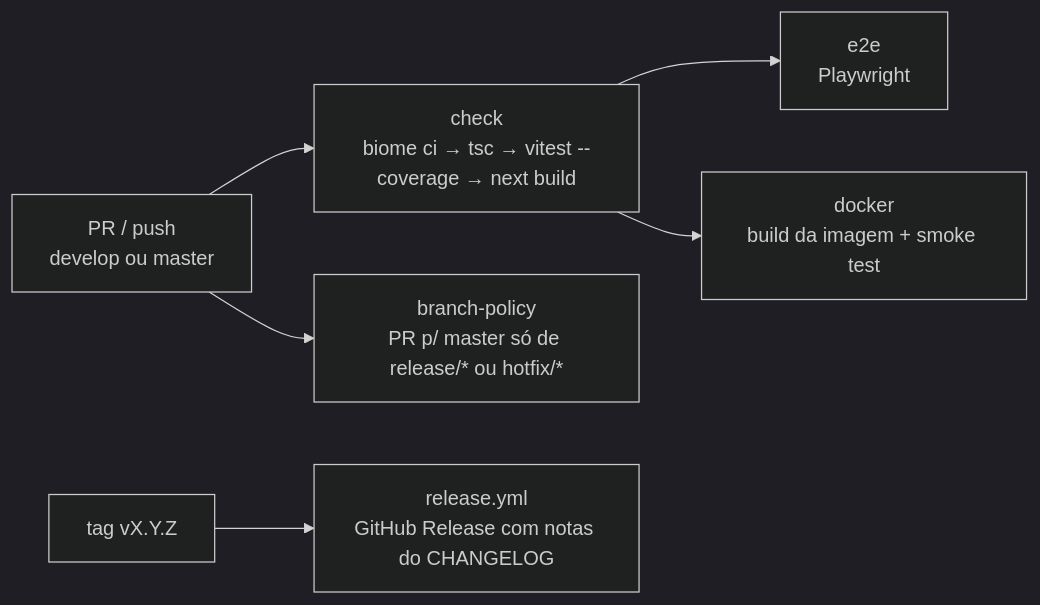
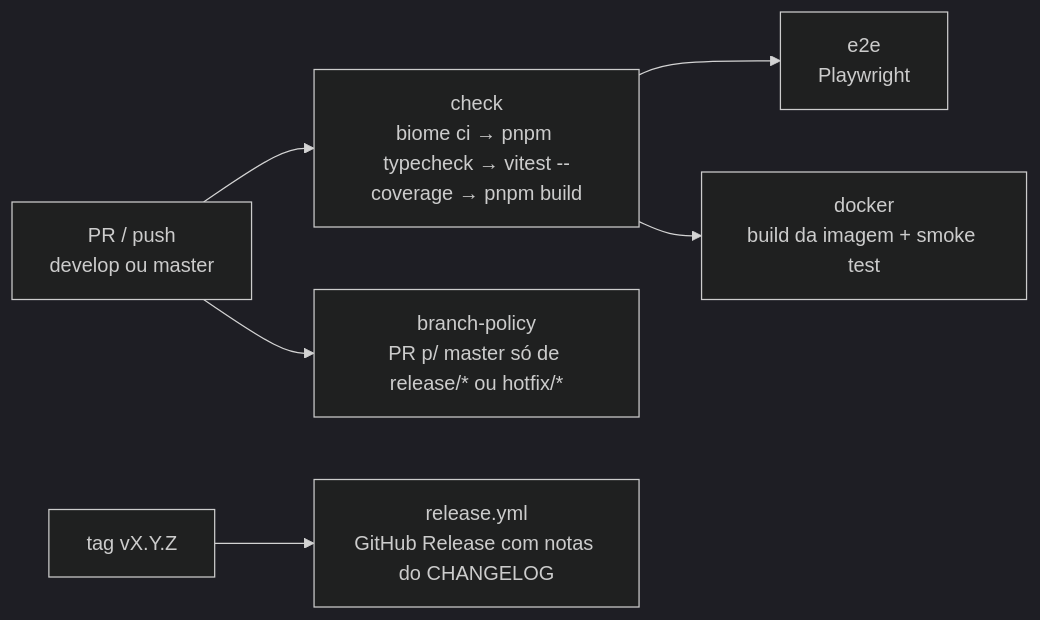
Diagram 23 of 24 in docs/GUIA-ARQUITETURA.md (rkenjiak/concurso), drawn with Mermaid (dark theme) before and after one commit. The commit also changed other lines of this file and 4 other files, not shown here.

````diff
--- a/docs/GUIA-ARQUITETURA.md
+++ b/docs/GUIA-ARQUITETURA.md
@@ -747,8 +760,8 @@
 ```mermaid
 flowchart LR
-  PR["PR / push<br/>develop ou master"] --> CHK["check<br/>biome ci → tsc → vitest --coverage → next build"]
+  PR["PR / push<br/>develop ou master"] --> CHK["check<br/>biome ci → pnpm typecheck → vitest --coverage → pnpm build"]
   CHK --> E2E["e2e<br/>Playwright"]
   CHK --> DKR["docker<br/>build da imagem + smoke test"]
   PR --> POL["branch-policy<br/>PR p/ master só de release/* ou hotfix/*"]
   TAG["tag vX.Y.Z"] --> REL["release.yml<br/>GitHub Release com notas do CHANGELOG"]
 ```
````
